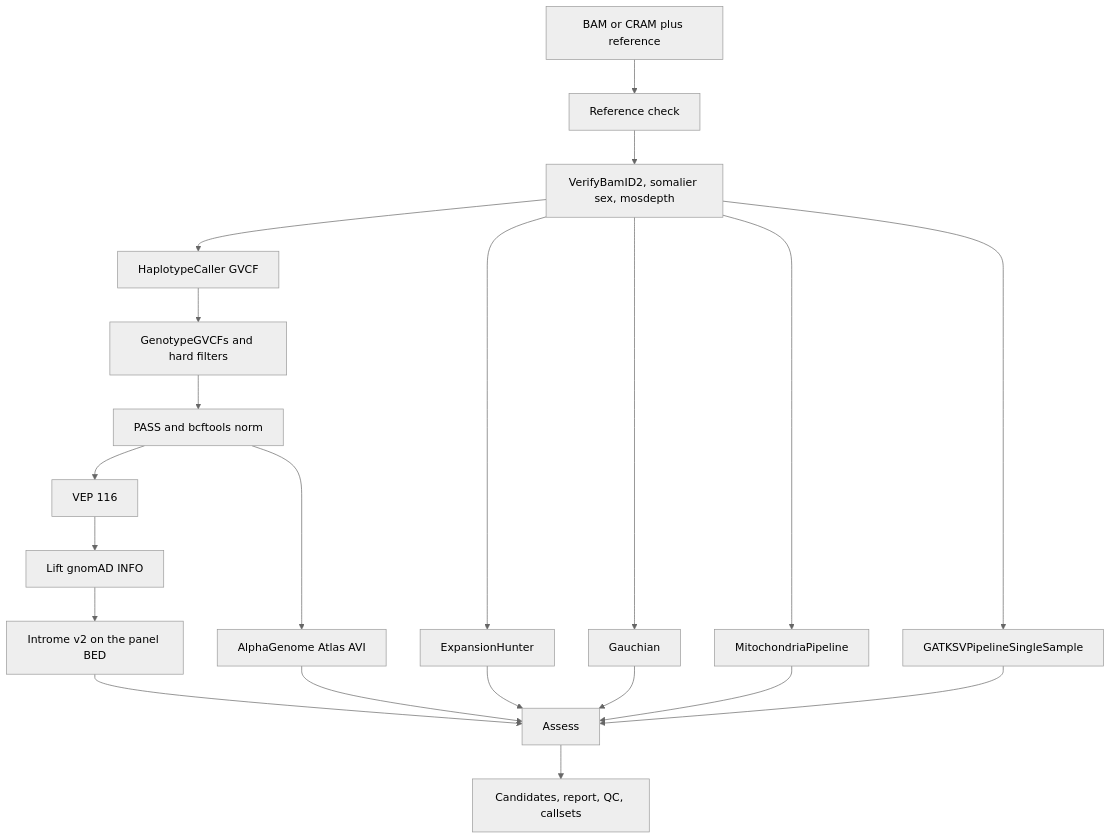
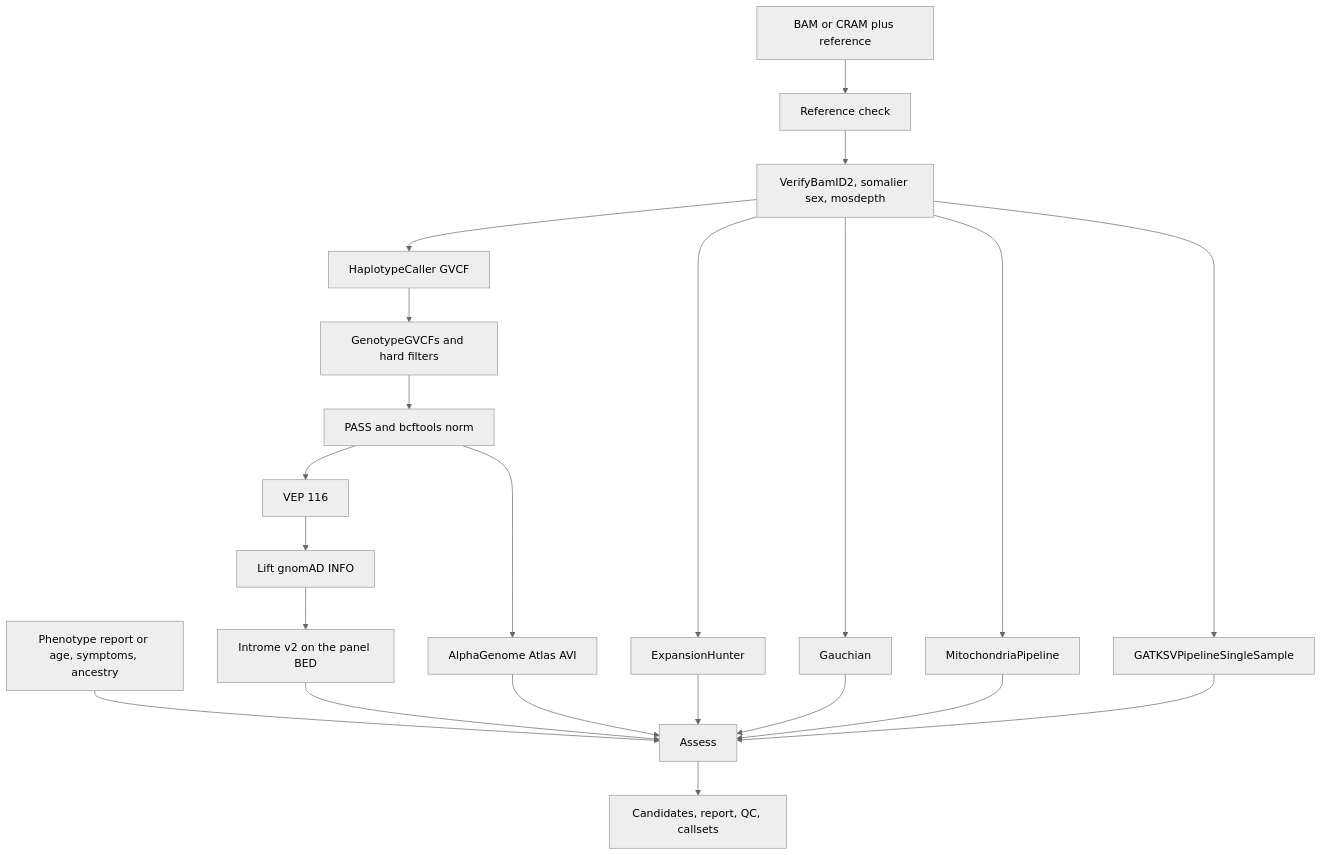
Before and after one commit to gqworks/pdsample-terra: the diagram in README.md, drawn with Mermaid (neutral theme). The commit also changed other lines of this file and 16 other files, not shown here.

First line of the commit message:
Pass patient phenotype into Assess for risk-variant clinical match (#14)

````diff
--- a/README.md
+++ b/README.md
@@ -5,23 +5,24 @@
 ```mermaid
 flowchart TD
   cram[BAM or CRAM plus reference] --> check[Reference check]
   check --> qc[VerifyBamID2, somalier sex, mosdepth]
   qc --> hc[HaplotypeCaller GVCF]
   hc --> gt[GenotypeGVCFs and hard filters]
   gt --> norm[PASS and bcftools norm]
   norm --> vep[VEP 116]
   vep --> lift[Lift gnomAD INFO]
   lift --> introme[Introme v2 on the panel BED]
   norm --> avi[AlphaGenome Atlas AVI]
   qc --> eh[ExpansionHunter]
   qc --> gba[Gauchian]
   qc --> mito[MitochondriaPipeline]
   qc --> gatksv[GATKSVPipelineSingleSample]
-  introme --> assess[Assess]
-  avi --> assess[Assess]
+  pheno[Phenotype report or age, symptoms, ancestry] --> assess[Assess]
+  introme --> assess
+  avi --> assess
   eh --> assess
   gba --> assess
   mito --> assess
   gatksv --> assess
   assess --> row[Candidates, report, QC, callsets]
 ```
````
